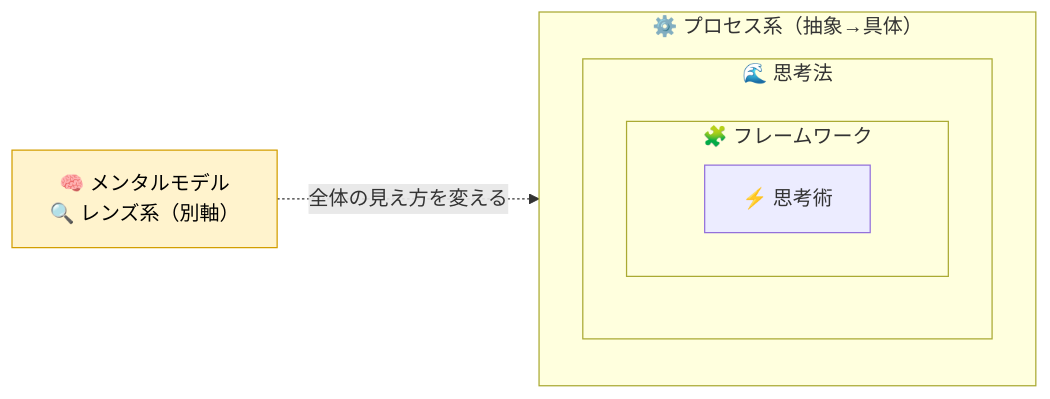
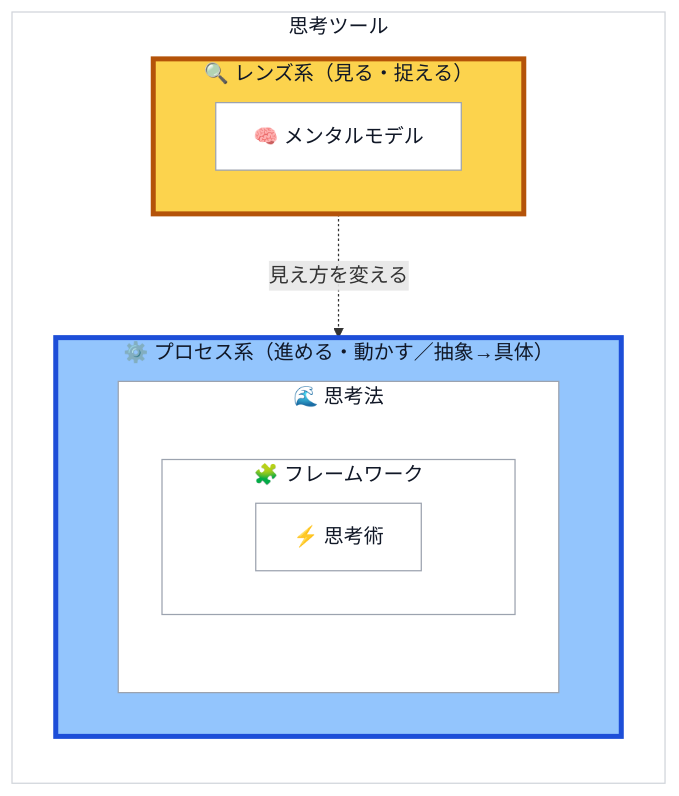
One commit to snamiki1212/awesome-thinking changed the diagram in README.md. Above: the diagram before and after it, drawn with Mermaid. The commit also changed other lines of this file and 5 other files, not shown here.

First line of the commit message:
階層の呼称を「総称/系統/タイプ」に統一し、図と表を再構成

````diff
--- a/README.md
+++ b/README.md
@@ -18,14 +18,26 @@
 ```mermaid
-flowchart LR
-    L["🧠 メンタルモデル<br/>🔍 レンズ系（別軸）"]
-    subgraph P["⚙️ プロセス系（抽象→具体）"]
-        subgraph M["🌊 思考法"]
-            direction TB
-            subgraph F["🧩 フレームワーク"]
-                S["⚡ 思考術"]
+flowchart TB
+    subgraph T["思考ツール"]
+        direction TB
+        subgraph L["🔍 レンズ系（見る・捉える）"]
+            MM["🧠 メンタルモデル"]
+        end
+        subgraph P["⚙️ プロセス系（進める・動かす／抽象→具体）"]
+            subgraph TM["🌊 思考法"]
+                direction TB
+                subgraph FW["🧩 フレームワーク"]
+                    SK["⚡ 思考術"]
+                end
             end
         end
     end
-    L -. 全体の見え方を変える .-> P
-    style L fill:#fff3cd,stroke:#d39e00,color:#000
+    L -. 見え方を変える .-> P
+
+    style T fill:#ffffff,stroke:#d1d5db,stroke-width:1px,color:#111827
+    style L fill:#fcd34d,stroke:#b45309,stroke-width:4px,color:#111827
+    style P fill:#93c5fd,stroke:#1d4ed8,stroke-width:4px,color:#111827
+    style MM fill:#ffffff,stroke:#9ca3af,color:#111827
+    style TM fill:#ffffff,stroke:#9ca3af,color:#111827
+    style FW fill:#ffffff,stroke:#9ca3af,color:#111827
+    style SK fill:#ffffff,stroke:#9ca3af,color:#111827
 ```
````
